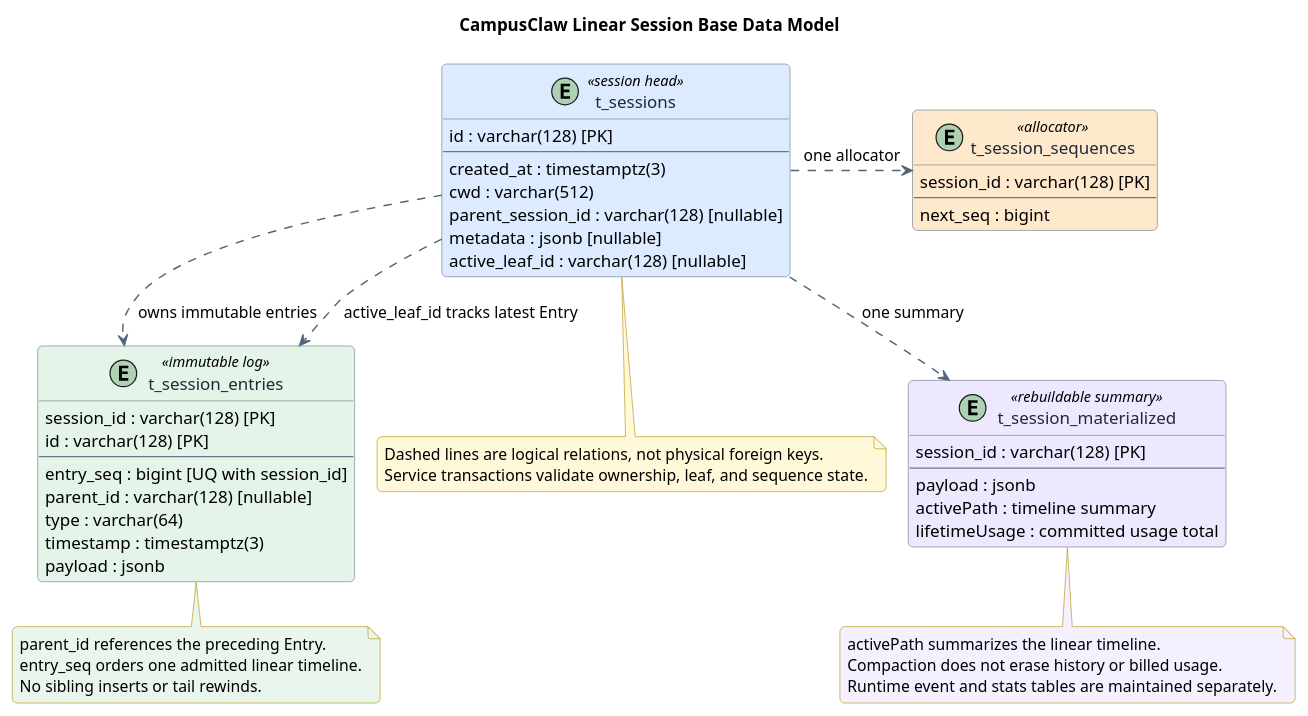
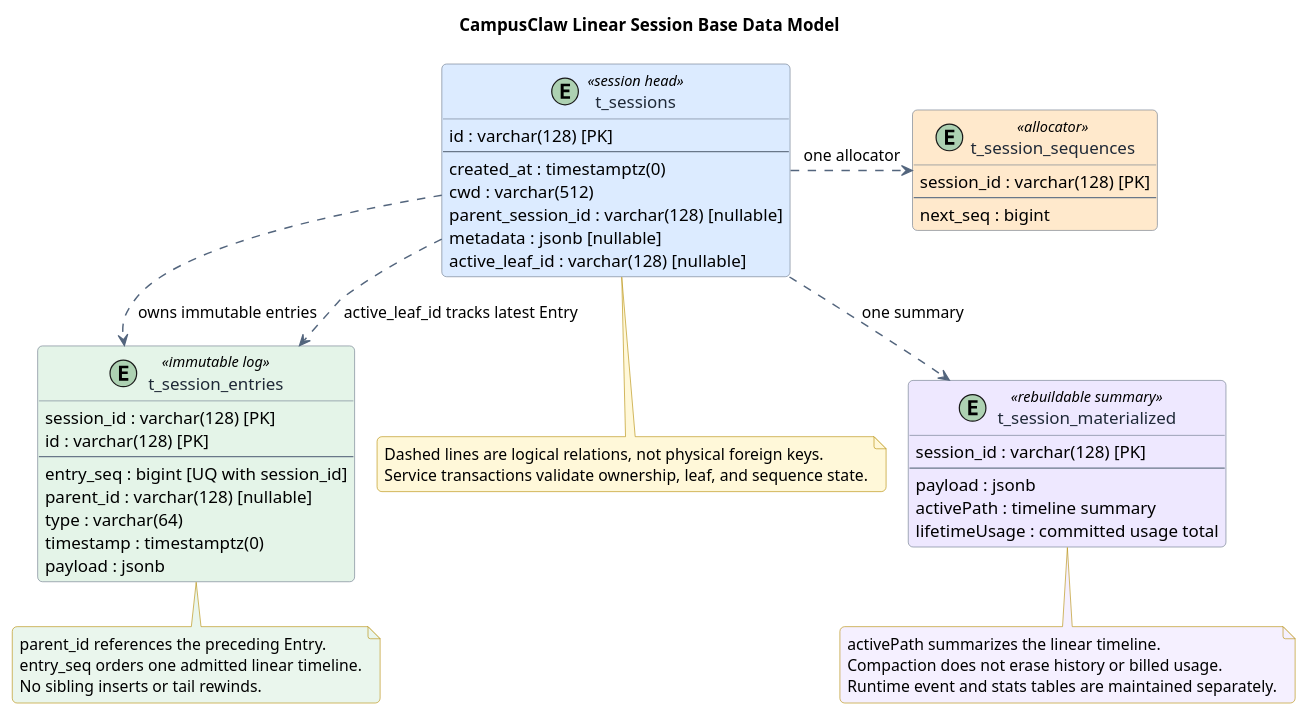
One commit to ssm0808/pi-mono-java-design changed the third of 4 diagrams in 03-数据与存储/01-会话记忆GaussDB/设计图/diagram.puml. Above: the diagram before and after it, drawn with PlantUML. The commit also changed 25 other files, not shown here.

Commit message:
docs(time): unify Claw timestamps at second precision

```diff
--- a/03-数据与存储/01-会话记忆GaussDB/设计图/diagram.puml
+++ b/03-数据与存储/01-会话记忆GaussDB/设计图/diagram.puml
@@ -155,94 +155,94 @@
 @startuml memory-data-model
 !pragma layout smetana
 title CampusClaw Linear Session Base Data Model
 top to bottom direction
 
 skinparam backgroundColor #FFFFFF
 skinparam shadowing false
 skinparam roundcorner 8
 skinparam classAttributeIconSize 0
 skinparam classBorderColor #697789
 skinparam classFontColor #1F2937
 skinparam defaultTextAlignment left
 skinparam ArrowColor #53657D
 skinparam ArrowThickness 1.2
 skinparam NoteBorderColor #B58B00
 skinparam NoteBackgroundColor #FFF8D9
 
 ' Source evidence: pi@1a584a7a56eb5e7b4ff8ccbd46430f1533282eed
 ' packages/session-backends/sqlite-node/src/sqlite/session/branch-entries.ts:
 ' appendEntryToBranchIndex, readBranchSegmentsNewestFirst, scanBranchSegments.
 ' packages/session-backends/sqlite-node/src/sqlite/storage.ts: applyCommit.
 ' Source evidence: Java@fb842b1ac6cb4818f6b146f79dd184a5cd88bf12
 ' modules/coding-agent-cli/src/main/java/com/campusclaw/codingagent/runtimeapi/
 ' persistence/MyBatisRuntimeSessionRepository.java: appendLocked, findEventPage.
 ' modules/coding-agent-cli/src/main/resources/mapper/session/RuntimeSessionMapper.xml:
 ' listCurrentBranchEntries, listCommittedEvents, countUnmappedCurrentBranchEntries.
 ' Observed behavior: Java appends at the locked tail but still reads recursive paths.
 ' Design reason: one append-only timeline needs ordered scans, not branch membership.
 ' Product constraint: no conversation editing, rewind, or branch switching.
-' Pending implementation: ordered reads under append-only writes.
+' Pending implementation: ordered reads and second-precision timestamps; sequence ordering.
 
 entity "t_sessions" as sessions <<session head>> #DCEBFF {
   id : varchar(128) [PK]
   --
-  created_at : timestamptz(3)
+  created_at : timestamptz(0)
   cwd : varchar(512)
   parent_session_id : varchar(128) [nullable]
   metadata : jsonb [nullable]
   active_leaf_id : varchar(128) [nullable]
 }
 
 entity "t_session_sequences" as sequences <<allocator>> #FFE9CC {
   session_id : varchar(128) [PK]
   --
   next_seq : bigint
 }
 
 entity "t_session_entries" as entries <<immutable log>> #E4F4E8 {
   session_id : varchar(128) [PK]
   id : varchar(128) [PK]
   --
   entry_seq : bigint [UQ with session_id]
   parent_id : varchar(128) [nullable]
   type : varchar(64)
-  timestamp : timestamptz(3)
+  timestamp : timestamptz(0)
   payload : jsonb
 }
 
 entity "t_session_materialized" as materialized <<rebuildable summary>> #EEE8FF {
   session_id : varchar(128) [PK]
   --
   payload : jsonb
   activePath : timeline summary
   lifetimeUsage : committed usage total
 }
 
 sessions -[hidden]right- sequences
 entries -[hidden]right- materialized
 sessions -[hidden]down- entries
 sequences -[hidden]down- materialized
 
 sessions ..> entries : owns immutable entries
 sessions ..> entries : active_leaf_id tracks latest Entry
 sessions ..> sequences : one allocator
 sessions ..> materialized : one summary
 
 note bottom of entries #EAF6ED
 parent_id references the preceding Entry.
 entry_seq orders one admitted linear timeline.
 No sibling inserts or tail rewinds.
 end note
 
 note bottom of materialized #F5F0FF
 activePath summarizes the linear timeline.
 Compaction does not erase history or billed usage.
 Runtime event and stats tables are maintained separately.
 end note
 
 note bottom of sessions
 Dashed lines are logical relations, not physical foreign keys.
 Service transactions validate ownership, leaf, and sequence state.
 end note
 
 @enduml
```
